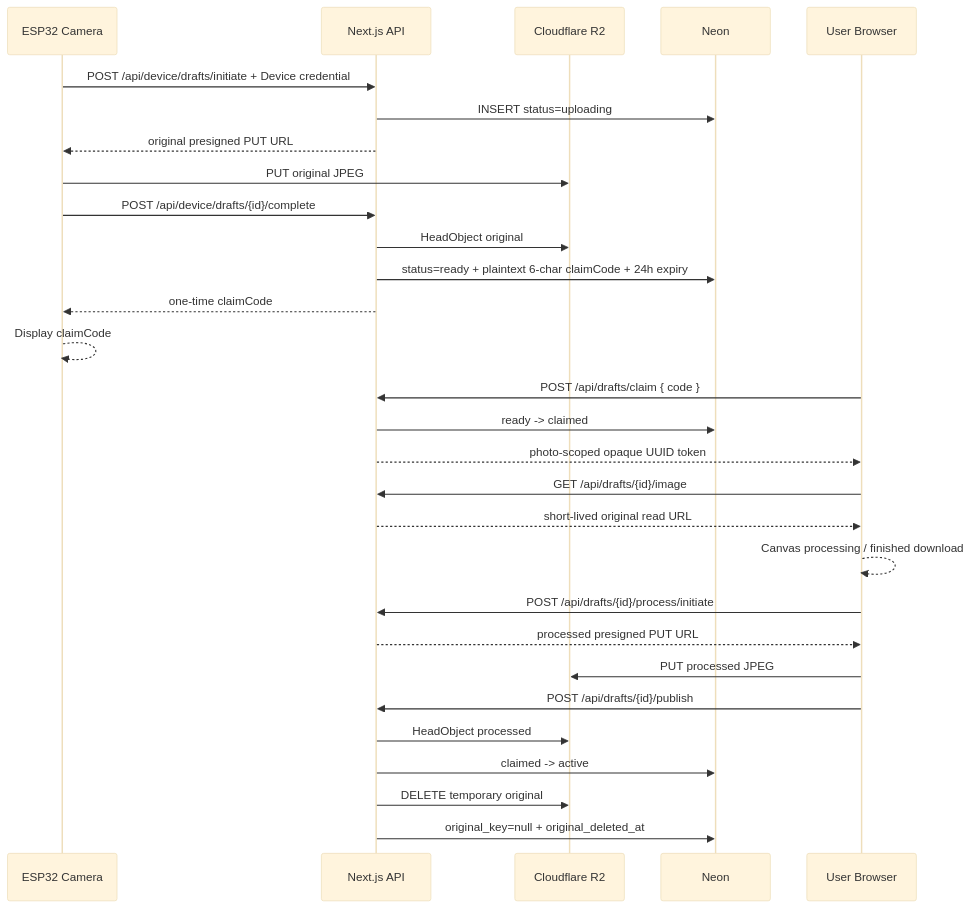
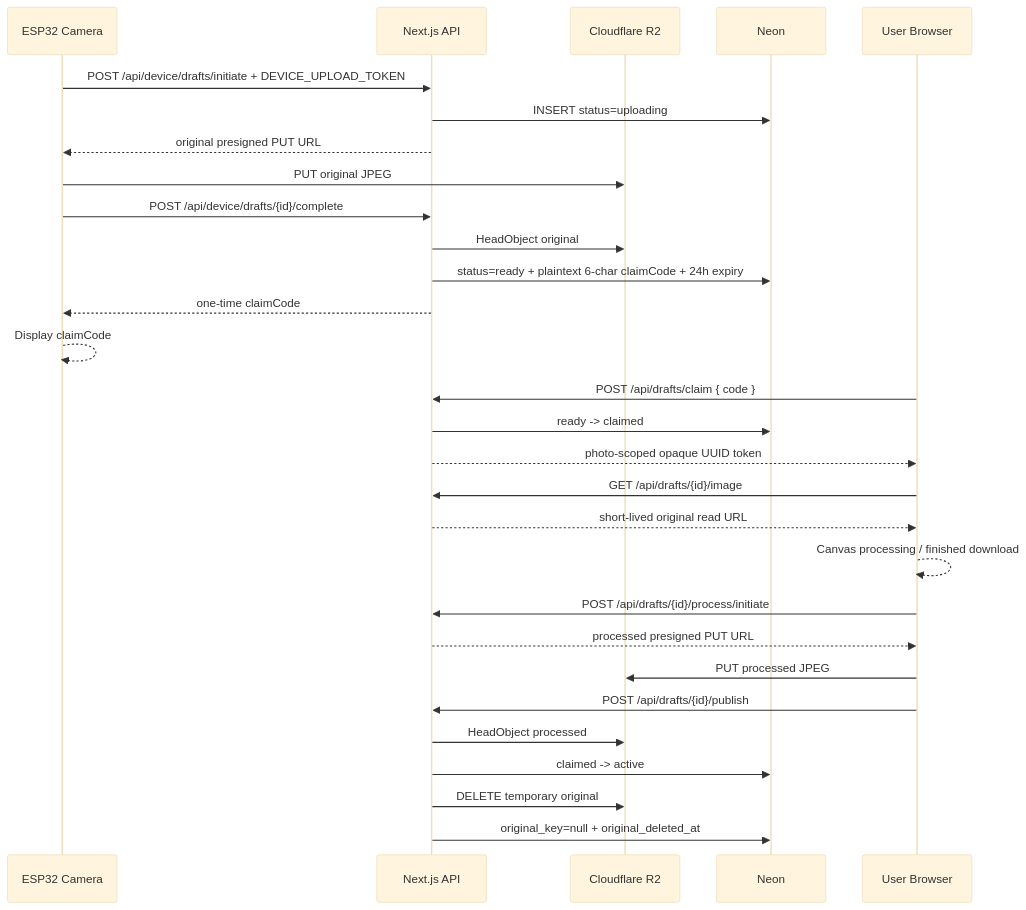
The diagram in web/docs/backend-setup.md (fengyenchia/tiger-camera), drawn with Mermaid (base theme) before and after one commit. The commit also changed other lines of this file and 31 other files, not shown here.

First line of the commit message:
Refactor device authentication to use fixed DEVICE_UPLOAD_TOKEN

````diff
--- a/web/docs/backend-setup.md
+++ b/web/docs/backend-setup.md
@@ -47,32 +47,32 @@
 ```mermaid
 sequenceDiagram
     participant C as ESP32 Camera
     participant API as Next.js API
     participant R2 as Cloudflare R2
     participant DB as Neon
     participant U as User Browser
 
-    C->>API: POST /api/device/drafts/initiate + Device credential
+    C->>API: POST /api/device/drafts/initiate + DEVICE_UPLOAD_TOKEN
     API->>DB: INSERT status=uploading
     API-->>C: original presigned PUT URL
     C->>R2: PUT original JPEG
     C->>API: POST /api/device/drafts/{id}/complete
     API->>R2: HeadObject original
     API->>DB: status=ready + plaintext 6-char claimCode + 24h expiry
     API-->>C: one-time claimCode
     C-->>C: Display claimCode
     U->>API: POST /api/drafts/claim { code }
     API->>DB: ready -> claimed
     API-->>U: photo-scoped opaque UUID token
     U->>API: GET /api/drafts/{id}/image
     API-->>U: short-lived original read URL
     U-->>U: Canvas processing / finished download
     U->>API: POST /api/drafts/{id}/process/initiate
     API-->>U: processed presigned PUT URL
     U->>R2: PUT processed JPEG
     U->>API: POST /api/drafts/{id}/publish
     API->>R2: HeadObject processed
     API->>DB: claimed -> active
     API->>R2: DELETE temporary original
     API->>DB: original_key=null + original_deleted_at
 ```
````
